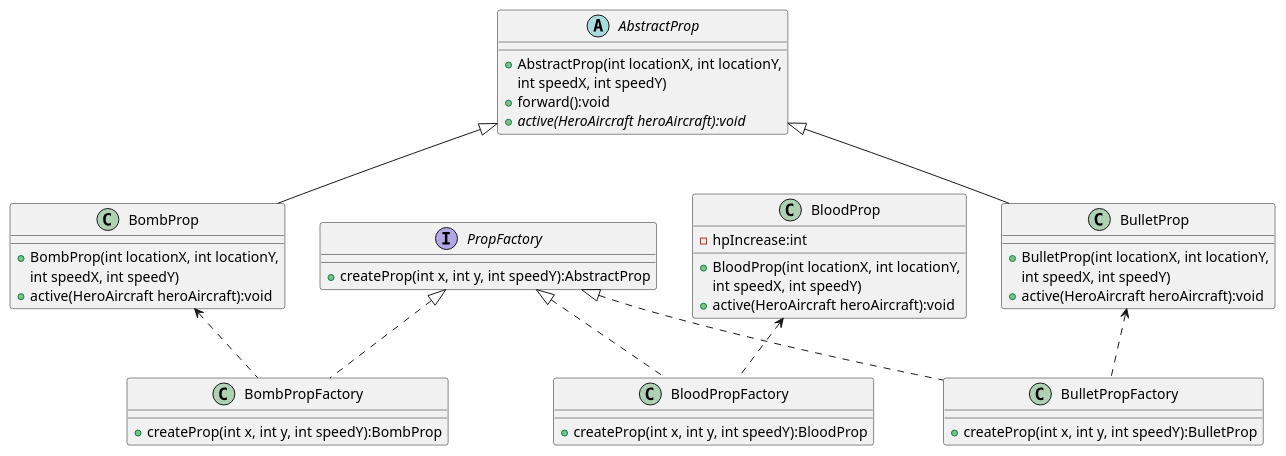
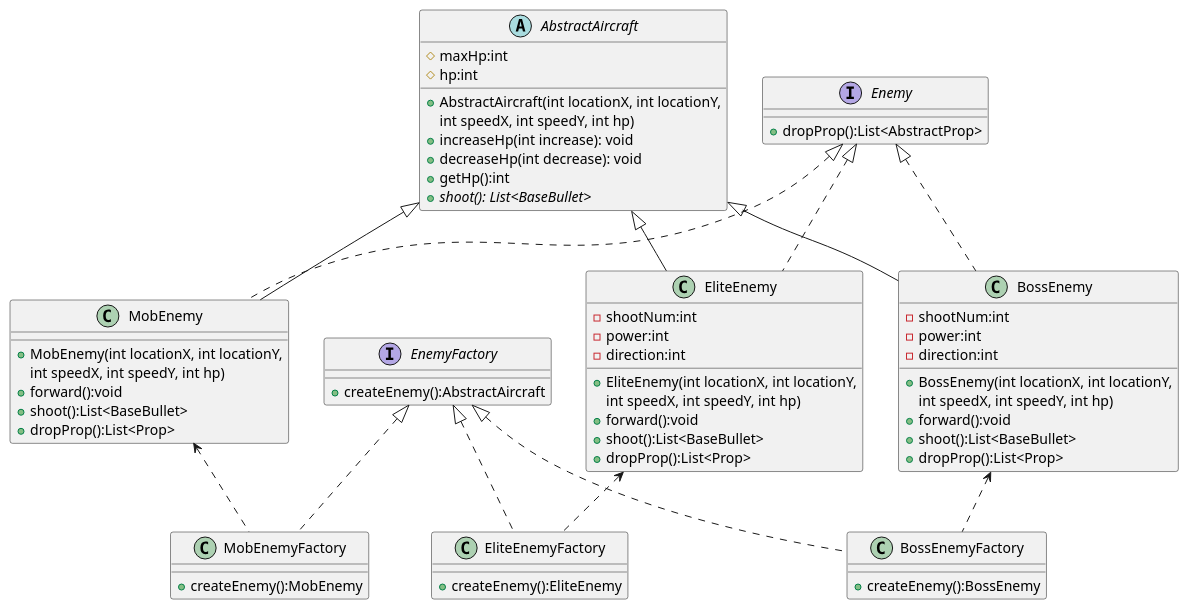
Before and after one commit to HaHaRen6/AircraftWar-base: the diagram in uml/PropFactory.puml, drawn with PlantUML.

Commit message:
lab2 uml better

```diff
--- a/uml/PropFactory.puml
+++ b/uml/PropFactory.puml
@@ -1,63 +1,82 @@
 @startuml PropFactory
 'https://plantuml.com/class-diagram
 
+abstract class AbstractAircraft
+{
+	# maxHp:int
+    # hp:int
 
-abstract class AbstractProp
-{
-    + AbstractProp(int locationX, int locationY,
-        int speedX, int speedY)
-    + forward():void
-    + {abstract} active(HeroAircraft heroAircraft):void
+    + AbstractAircraft(int locationX, int locationY,
+        int speedX, int speedY, int hp)
+    + increaseHp(int increase): void
+    + decreaseHp(int decrease): void
+    + getHp():int
+    + {abstract} shoot(): List<BaseBullet>
 }
 
-class BloodProp
-{
-    - hpIncrease:int
-
-    + BloodProp(int locationX, int locationY,
-        int speedX, int speedY)
-    + active(HeroAircraft heroAircraft):void
+interface Enemy{
+    + dropProp():List<AbstractProp>
 }
 
-class BombProp
-{
+class MobEnemy {
 
-    + BombProp(int locationX, int locationY,
-        int speedX, int speedY)
-    + active(HeroAircraft heroAircraft):void
+    + MobEnemy(int locationX, int locationY,
+        int speedX, int speedY, int hp)
+    + forward():void
+    + shoot():List<BaseBullet>
+    + dropProp():List<Prop>
 }
-AbstractProp <|-- BombProp
+AbstractAircraft <|-- MobEnemy
+Enemy <|.. MobEnemy
 
-class BulletProp
-{
+class BossEnemy {
+    - shootNum:int
+    - power:int
+    - direction:int
 
-    + BulletProp(int locationX, int locationY,
-        int speedX, int speedY)
-    + active(HeroAircraft heroAircraft):void
+    + BossEnemy(int locationX, int locationY,
+        int speedX, int speedY, int hp)
+    + forward():void
+    + shoot():List<BaseBullet>
+    + dropProp():List<Prop>
 }
-AbstractProp <|-- BulletProp
+AbstractAircraft <|-- BossEnemy
+Enemy <|.. BossEnemy
 
-interface PropFactory {
-    + createProp(int x, int y, int speedY):AbstractProp
+class EliteEnemy {
+    - shootNum:int
+    - power:int
+    - direction:int
+
+    + EliteEnemy(int locationX, int locationY,
+        int speedX, int speedY, int hp)
+    + forward():void
+    + shoot():List<BaseBullet>
+    + dropProp():List<Prop>
+}
+AbstractAircraft <|-- EliteEnemy
+Enemy <|.. EliteEnemy
+
+interface EnemyFactory {
+    + createEnemy():AbstractAircraft
 }
 
-class BloodPropFactory {
-    + createProp(int x, int y, int speedY):BloodProp
+class EliteEnemyFactory {
+    + createEnemy():EliteEnemy
 }
-PropFactory <|.. BloodPropFactory
-BloodProp <.. BloodPropFactory
+EnemyFactory <|.. EliteEnemyFactory
+EliteEnemy <.. EliteEnemyFactory
 
-class BombPropFactory {
-    + createProp(int x, int y, int speedY):BombProp
+class BossEnemyFactory {
+    + createEnemy():BossEnemy
 }
-PropFactory <|.. BombPropFactory
-BombProp <.. BombPropFactory
+EnemyFactory <|.. BossEnemyFactory
+BossEnemy <.. BossEnemyFactory
 
-class BulletPropFactory {
-    + createProp(int x, int y, int speedY):BulletProp
+class MobEnemyFactory {
+    + createEnemy():MobEnemy
 }
-PropFactory <|.. BulletPropFactory
-BulletProp <.. BulletPropFactory
-
+EnemyFactory <|.. MobEnemyFactory
+MobEnemy <.. MobEnemyFactory
 
 @enduml
```
